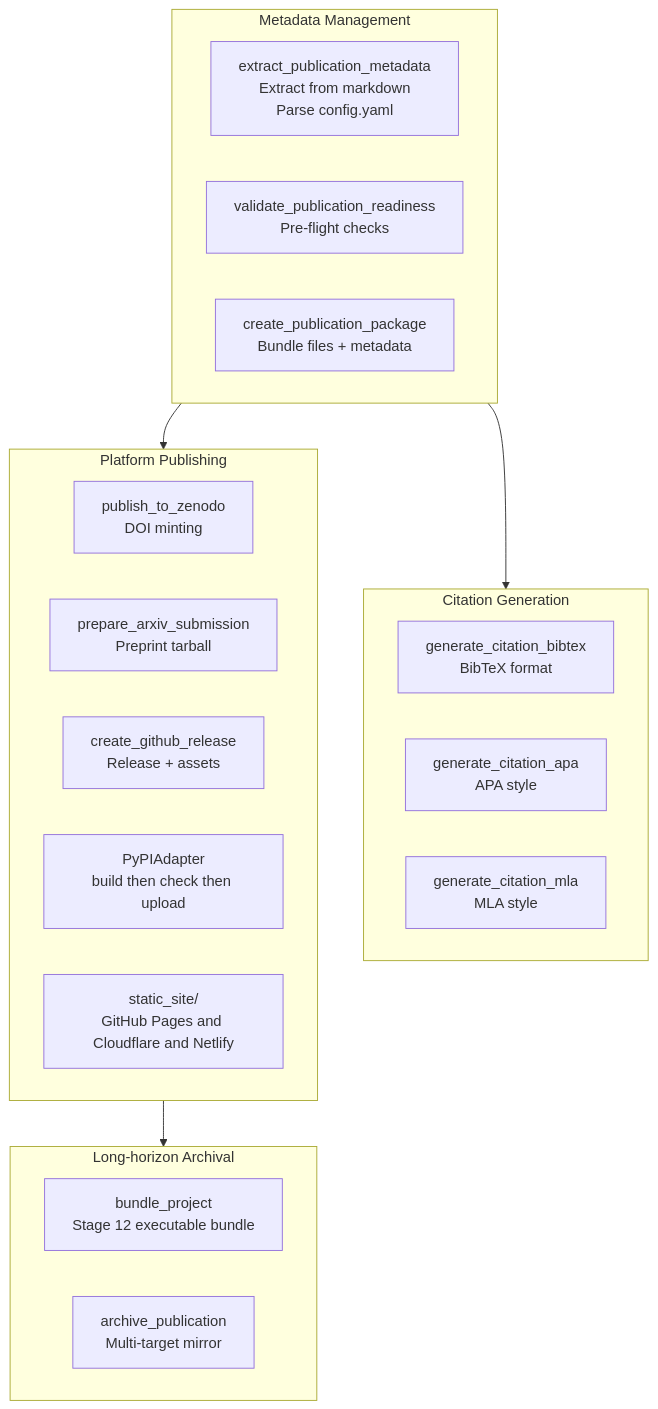
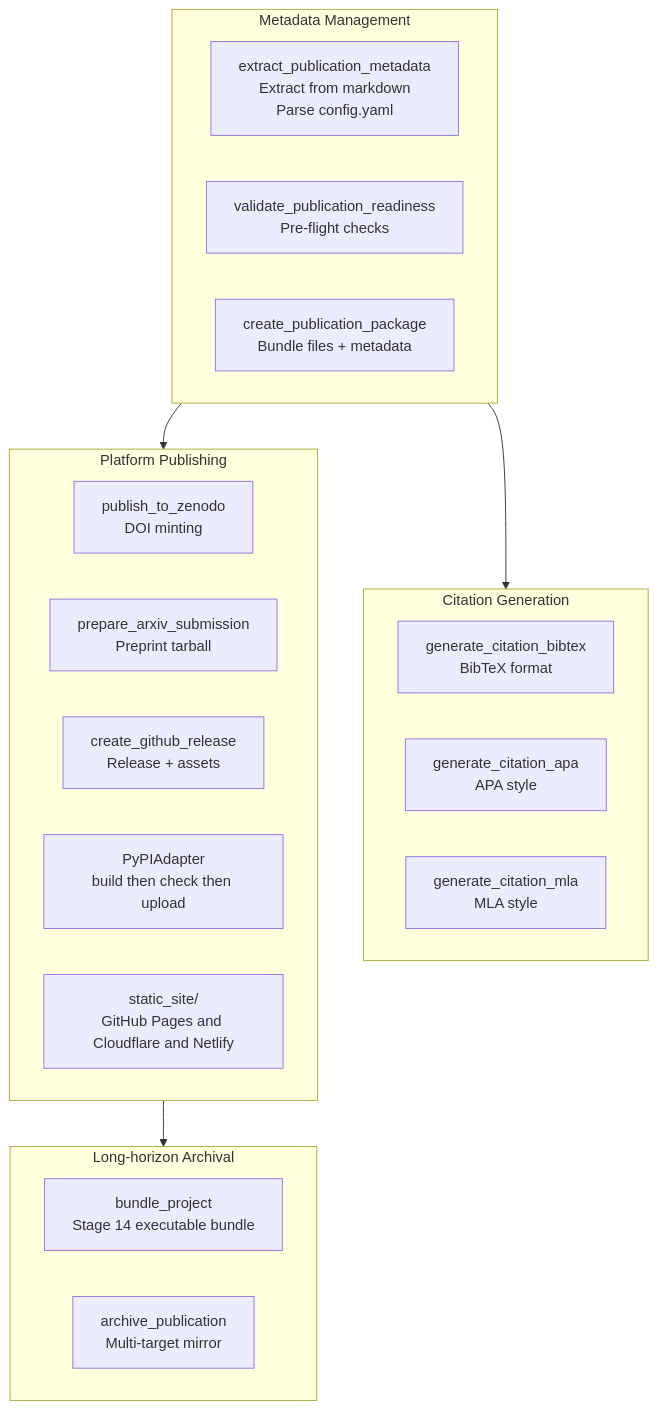
The diagram in infrastructure/publishing/README.md (docxology/template), drawn with Mermaid before and after one commit. The commit also changed other lines of this file and 18 other files, not shown here.

````diff
--- a/infrastructure/publishing/README.md
+++ b/infrastructure/publishing/README.md
@@ -79,31 +79,31 @@
 ```mermaid
 graph TD
     subgraph Metadata["Metadata Management"]
         EXTRACT[extract_publication_metadata<br/>Extract from markdown<br/>Parse config.yaml]
         READINESS[validate_publication_readiness<br/>Pre-flight checks]
         PACKAGE[create_publication_package<br/>Bundle files + metadata]
     end
 
     subgraph Citations["Citation Generation"]
         BIBTEX[generate_citation_bibtex<br/>BibTeX format]
         APA[generate_citation_apa<br/>APA style]
         MLA[generate_citation_mla<br/>MLA style]
     end
 
     subgraph Platforms["Platform Publishing"]
         ZENODO[publish_to_zenodo<br/>DOI minting]
         ARXIV[prepare_arxiv_submission<br/>Preprint tarball]
         GITHUB[create_github_release<br/>Release + assets]
         PYPI[PyPIAdapter<br/>build then check then upload]
         STATIC[static_site/<br/>GitHub Pages and Cloudflare and Netlify]
     end
 
     subgraph Archival["Long-horizon Archival"]
-        BUNDLE[bundle_project<br/>Stage 12 executable bundle]
+        BUNDLE[bundle_project<br/>Stage 14 executable bundle]
         ARCHIVE[archive_publication<br/>Multi-target mirror]
     end
 
     Metadata --> Citations
     Metadata --> Platforms
     Platforms --> Archival
 ```
````
